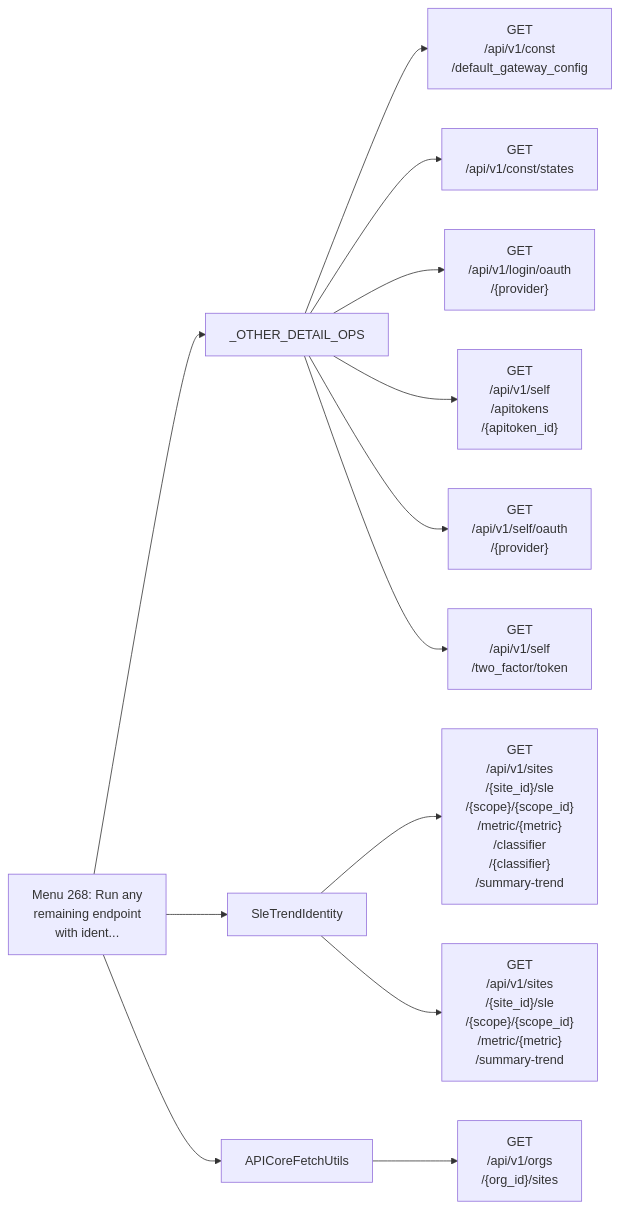
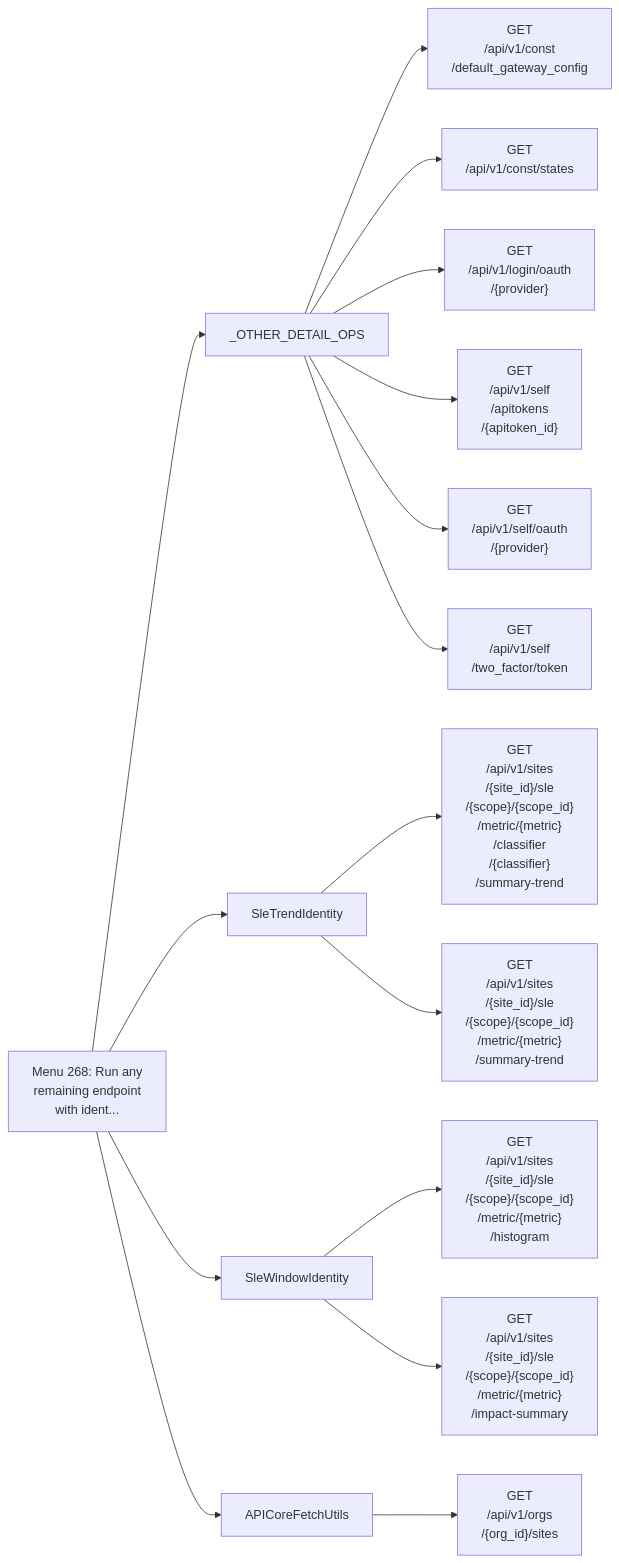
Diagram 25 of 26 in documentation/menu-api/interactive-safe.md (jmorrison-juniper/MistHelper), drawn with Mermaid before and after one commit. The commit also changed other lines of this file and 22 other files, not shown here.

First line of the commit message:
fix(sle): preserve summary window records (#4620)

````diff
--- a/documentation/menu-api/interactive-safe.md
+++ b/documentation/menu-api/interactive-safe.md
@@ -1813,16 +1824,19 @@
 ```mermaid
 flowchart LR
     menu["Menu 268: Run any<br/>remaining endpoint<br/>with ident..."]
     menu --> c1["_OTHER_DETAIL_OPS"]
     c1 --> e1["GET<br/>/api/v1/const<br/>/default_gateway_config"]
     c1 --> e2["GET<br/>/api/v1/const/states"]
     c1 --> e3["GET<br/>/api/v1/login/oauth<br/>/{provider}"]
     c1 --> e4["GET<br/>/api/v1/self<br/>/apitokens<br/>/{apitoken_id}"]
     c1 --> e5["GET<br/>/api/v1/self/oauth<br/>/{provider}"]
     c1 --> e6["GET<br/>/api/v1/self<br/>/two_factor/token"]
     menu --> c2["SleTrendIdentity"]
     c2 --> e7["GET<br/>/api/v1/sites<br/>/{site_id}/sle<br/>/{scope}/{scope_id}<br/>/metric/{metric}<br/>/classifier<br/>/{classifier}<br/>/summary-trend"]
     c2 --> e8["GET<br/>/api/v1/sites<br/>/{site_id}/sle<br/>/{scope}/{scope_id}<br/>/metric/{metric}<br/>/summary-trend"]
-    menu --> c3["APICoreFetchUtils"]
-    c3 --> e9["GET<br/>/api/v1/orgs<br/>/{org_id}/sites"]
+    menu --> c3["SleWindowIdentity"]
+    c3 --> e9["GET<br/>/api/v1/sites<br/>/{site_id}/sle<br/>/{scope}/{scope_id}<br/>/metric/{metric}<br/>/histogram"]
+    c3 --> e10["GET<br/>/api/v1/sites<br/>/{site_id}/sle<br/>/{scope}/{scope_id}<br/>/metric/{metric}<br/>/impact-summary"]
+    menu --> c4["APICoreFetchUtils"]
+    c4 --> e11["GET<br/>/api/v1/orgs<br/>/{org_id}/sites"]
 ```
````
